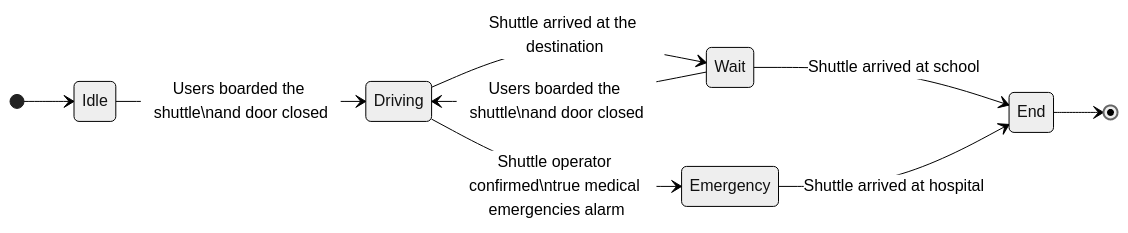
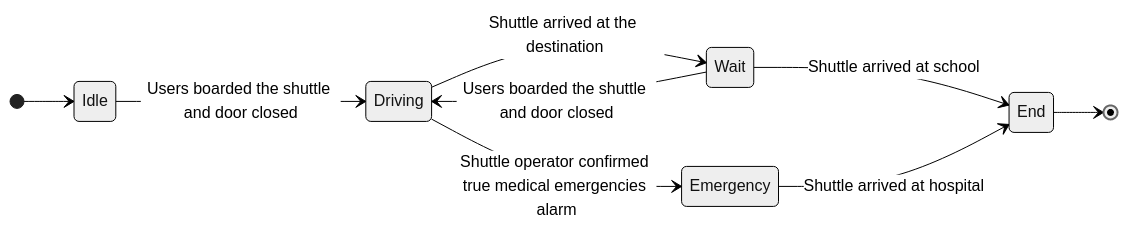
The first of 3 diagrams in README.md (Jy-Lau/ad_system_main), drawn with Mermaid (neutral theme) before and after one commit. The commit also changed other lines of this file, not shown here.

````diff
--- a/README.md
+++ b/README.md
@@ -31,12 +31,12 @@
 ```mermaid
 stateDiagram-v2
 direction LR
     [*] --> Idle
-    Idle --> Driving : Users boarded the shuttle\nand door closed
+    Idle --> Driving : Users boarded the shuttle and door closed
     Driving --> Wait : Shuttle arrived at the destination
     Wait --> End : Shuttle arrived at school
-    Wait --> Driving : Users boarded the shuttle\nand door closed
-    Driving --> Emergency : Shuttle operator confirmed\ntrue medical emergencies alarm
+    Wait --> Driving : Users boarded the shuttle and door closed
+    Driving --> Emergency : Shuttle operator confirmed true medical emergencies alarm
     Emergency --> End : Shuttle arrived at hospital
     End --> [*]
 ```
````
